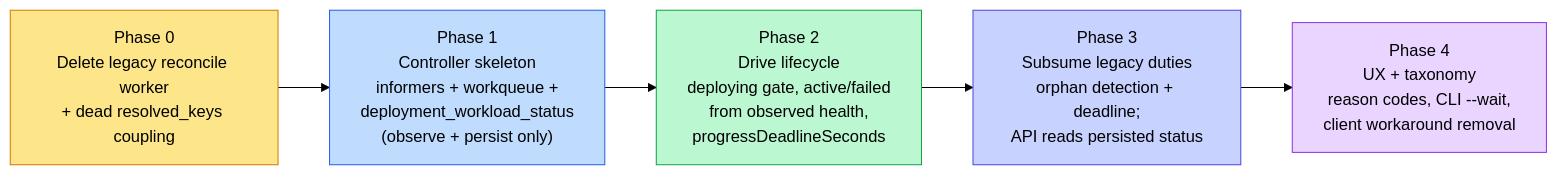
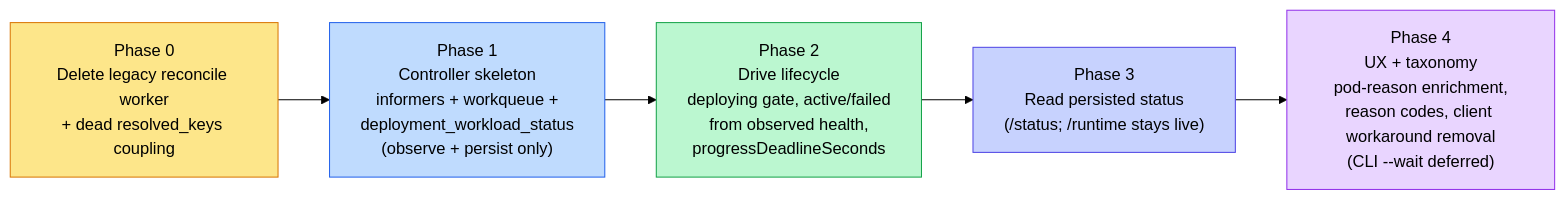
Diagram 11 of 11 in docs/plans/deployment-state-tracking.md (astropods/astro-cli), drawn with Mermaid (forest theme) before and after one commit. The commit also changed other lines of this file and 24 other files, not shown here.

````diff
--- a/docs/plans/deployment-state-tracking.md
+++ b/docs/plans/deployment-state-tracking.md
@@ -300,14 +301,14 @@
 ```mermaid
 graph LR
   P0["Phase 0<br/>Delete legacy reconcile worker<br/>+ dead resolved_keys coupling"]
   P1["Phase 1<br/>Controller skeleton<br/>informers + workqueue +<br/>deployment_workload_status<br/>(observe + persist only)"]
   P2["Phase 2<br/>Drive lifecycle<br/>deploying gate, active/failed<br/>from observed health,<br/>progressDeadlineSeconds"]
-  P3["Phase 3<br/>Subsume legacy duties<br/>orphan detection + deadline;<br/>API reads persisted status"]
-  P4["Phase 4<br/>UX + taxonomy<br/>reason codes, CLI --wait,<br/>client workaround removal"]
+  P3["Phase 3<br/>Read persisted status<br/>(/status; /runtime stays live)"]
+  P4["Phase 4<br/>UX + taxonomy<br/>pod-reason enrichment,<br/>reason codes, client workaround removal<br/>(CLI --wait deferred)"]
   P0 --> P1 --> P2 --> P3 --> P4
   style P0 fill:#fde68a,stroke:#d97706
   style P1 fill:#bfdbfe,stroke:#2563eb
   style P2 fill:#bbf7d0,stroke:#16a34a
   style P3 fill:#c7d2fe,stroke:#4f46e5
   style P4 fill:#e9d5ff,stroke:#9333ea
 ```
````
